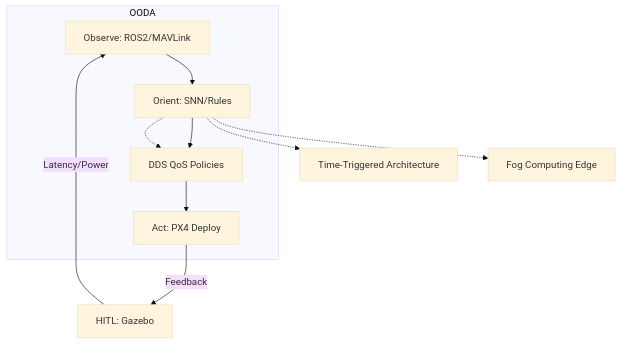
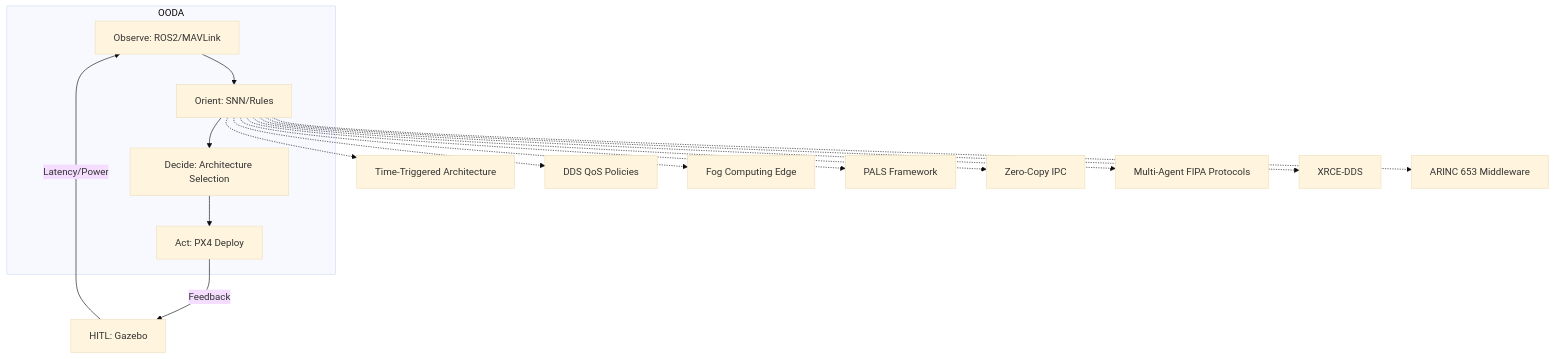
One commit to vriesz/fuse changed the diagram in monography.md. Above: the diagram before and after it, drawn with Mermaid (base theme). The commit also changed other lines of this file, not shown here.

````diff
--- a/monography.md
+++ b/monography.md
@@ -64,13 +64,18 @@
 ```mermaid  
 flowchart TB  
     subgraph OODA  
         O[Observe: ROS2/MAVLink] --> R[Orient: SNN/Rules]  
         R --> D[Decide: Architecture Selection]  
         D --> A[Act: PX4 Deploy]  
     end  
     A -->|Feedback| HITL[HITL: Gazebo]  
     HITL -->|Latency/Power| O  
     R -.-> T[Time-Triggered Architecture]
-    R -.-> D[DDS QoS Policies]
+    R -.-> Q[DDS QoS Policies]
     R -.-> F[Fog Computing Edge]
+    R -.-> P[PALS Framework]
+    R -.-> Z[Zero-Copy IPC]
+    R -.-> M[Multi-Agent FIPA Protocols]
+    R -.-> X[XRCE-DDS]
+    R -.-> A653[ARINC 653 Middleware]
 ```  
````
